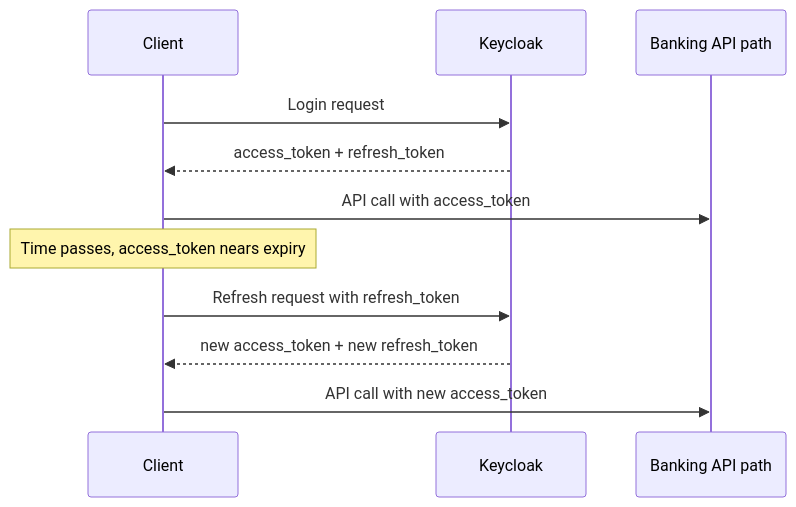
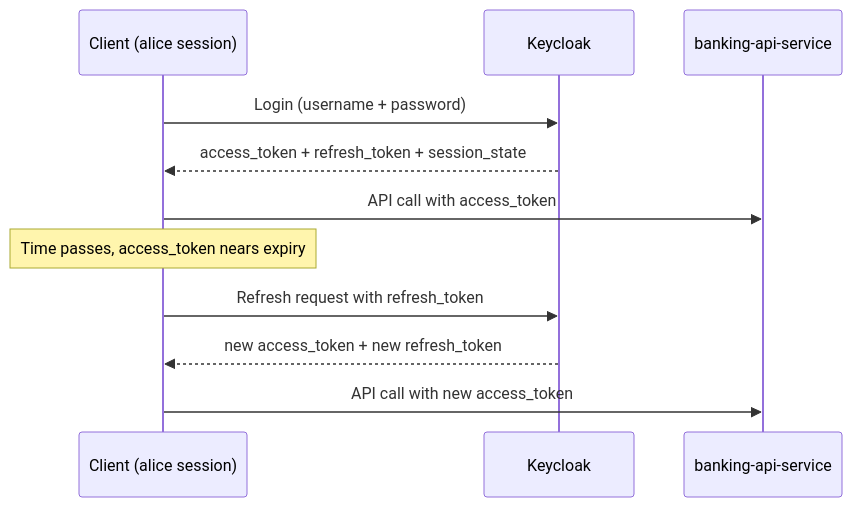
Before and after one commit to geekchow/micro-service-auth: the second of 2 diagrams in docs/13-token-lifecycle.md, drawn with Mermaid. The commit also changed other lines of this file, not shown here.

Commit message:
docs: make 13 the owner of token lifecycle

````diff
--- a/docs/13-token-lifecycle.md
+++ b/docs/13-token-lifecycle.md
@@ -188,14 +216,14 @@
 ```mermaid
 sequenceDiagram
-    participant C as Client
+    participant C as Client (alice session)
     participant K as Keycloak
-    participant A as Banking API path
+    participant B as banking-api-service
 
-    C->>K: Login request
-    K-->>C: access_token + refresh_token
-    C->>A: API call with access_token
+    C->>K: Login (username + password)
+    K-->>C: access_token + refresh_token + session_state
+    C->>B: API call with access_token
     Note over C: Time passes, access_token nears expiry
     C->>K: Refresh request with refresh_token
     K-->>C: new access_token + new refresh_token
-    C->>A: API call with new access_token
+    C->>B: API call with new access_token
 ```
````
